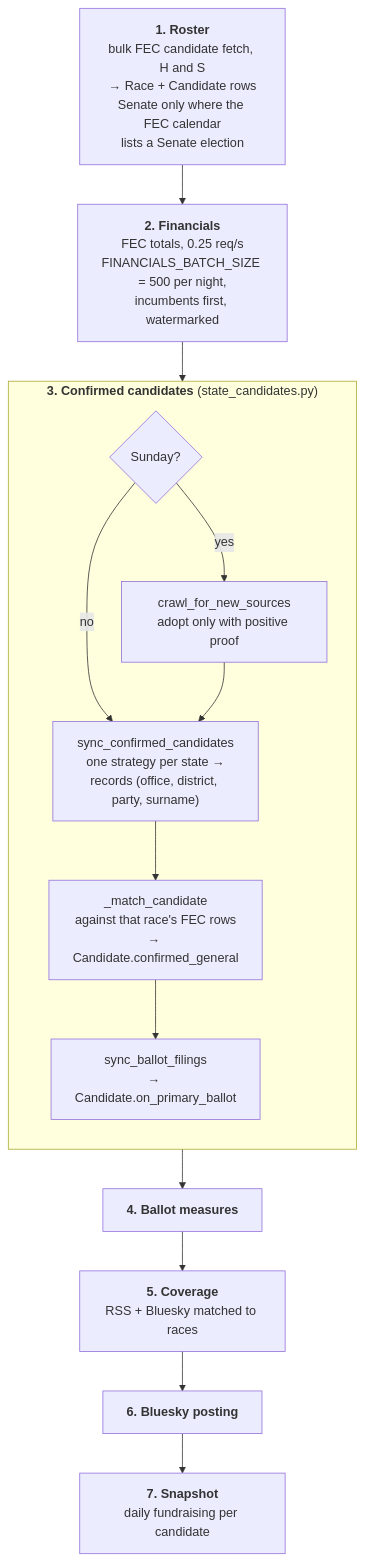
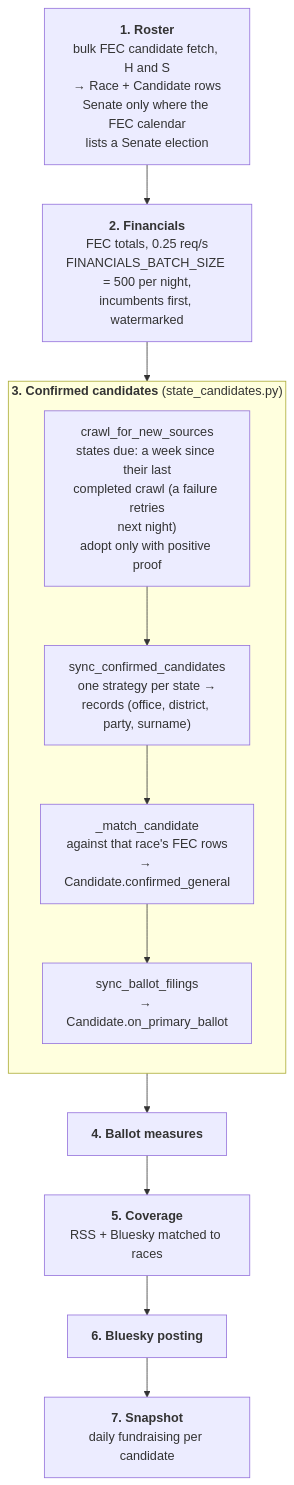
Before and after one commit to kamoras/civitas: the second of 3 diagrams in docs/diagrams/10-elections.md, drawn with Mermaid. The commit also changed other lines of this file and 9 other files, not shown here.

````diff
--- a/docs/diagrams/10-elections.md
+++ b/docs/diagrams/10-elections.md
@@ -33,18 +33,16 @@
 ```mermaid
 flowchart TB
     ROSTER["<b>1. Roster</b><br/>bulk FEC candidate fetch, H and S<br/>→ Race + Candidate rows<br/>Senate only where the FEC calendar<br/>lists a Senate election"]
     ROSTER --> FIN["<b>2. Financials</b><br/>FEC totals, 0.25 req/s<br/>FINANCIALS_BATCH_SIZE = 500 per night,<br/>incumbents first, watermarked"]
     FIN --> CONF
     subgraph CONF["<b>3. Confirmed candidates</b> (state_candidates.py)"]
         direction TB
-        CRAWL{"Sunday?"} -->|yes| CRAWLER["crawl_for_new_sources<br/>adopt only with positive proof"]
-        CRAWL -->|no| SYNC
-        CRAWLER --> SYNC["sync_confirmed_candidates<br/>one strategy per state →<br/>records (office, district, party, surname)"]
+        CRAWL["crawl_for_new_sources<br/>states due: a week since their last<br/>completed crawl (a failure retries<br/>next night)<br/>adopt only with positive proof"] --> SYNC["sync_confirmed_candidates<br/>one strategy per state →<br/>records (office, district, party, surname)"]
         SYNC --> MATCH["_match_candidate<br/>against that race's FEC rows<br/>→ Candidate.confirmed_general"]
         MATCH --> FILINGS["sync_ballot_filings<br/>→ Candidate.on_primary_ballot"]
     end
     CONF --> MEAS["<b>4. Ballot measures</b>"]
     MEAS --> COVI["<b>5. Coverage</b><br/>RSS + Bluesky matched to races"]
     COVI --> POST["<b>6. Bluesky posting</b>"]
     POST --> SNAP["<b>7. Snapshot</b><br/>daily fundraising per candidate"]
 ```
````
